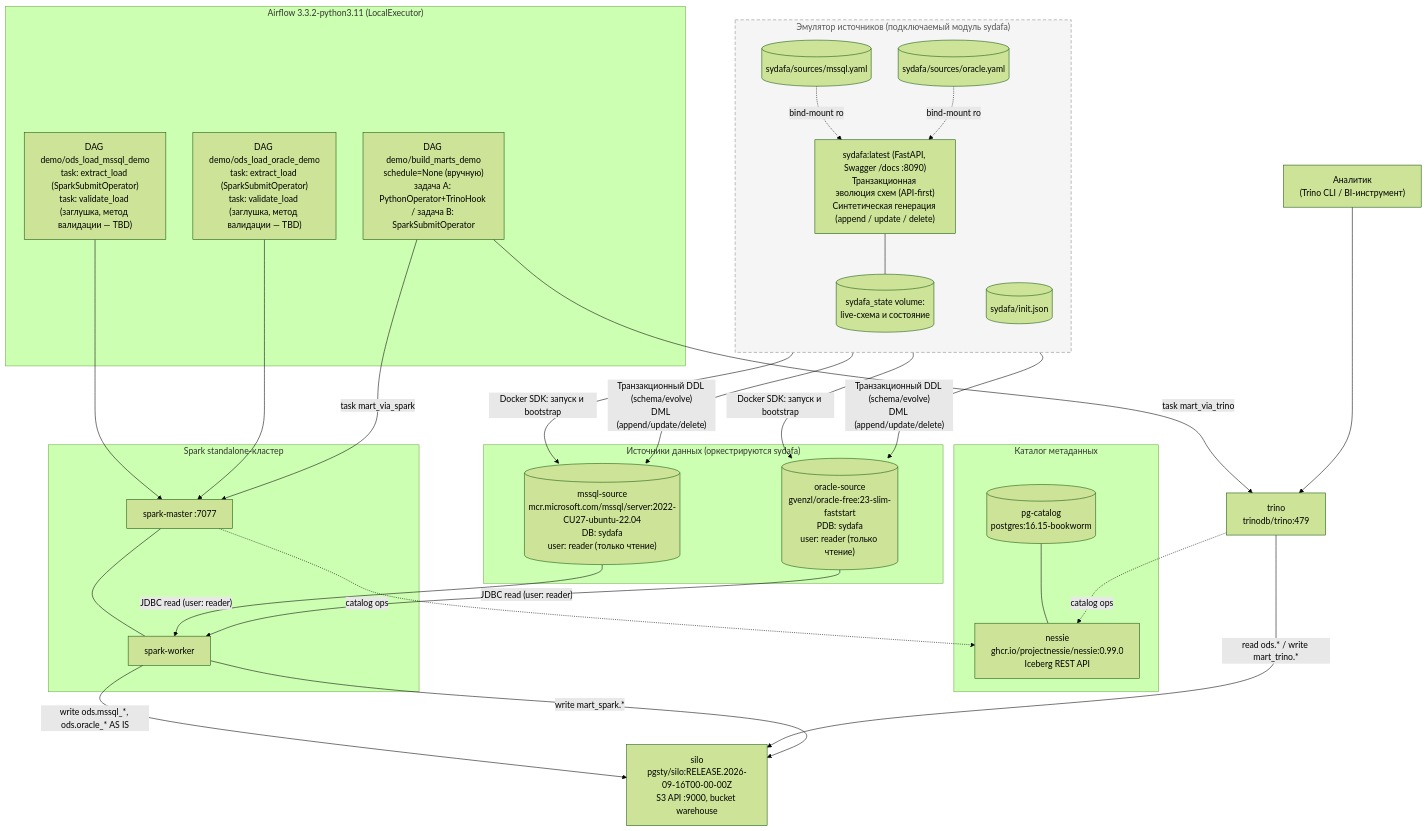
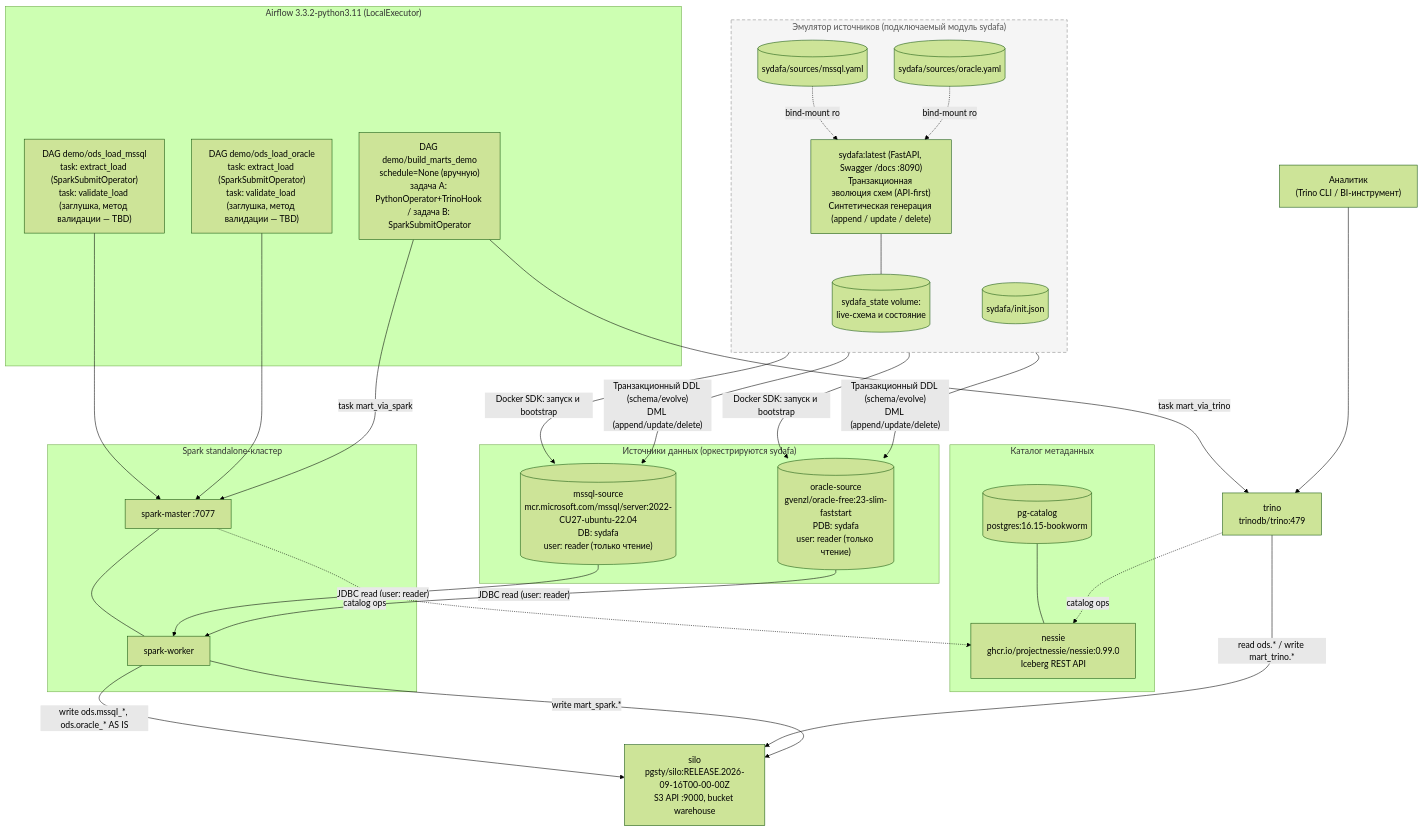
The diagram in docs/README.md (georgekochergin/datalake_stand), drawn with Mermaid (forest theme) before and after one commit. The commit also changed other lines of this file and 6 other files, not shown here.

Commit message:
refactor: simplify demo ODS DAGs to source level, remove sync_dags, clean airflow-init

````diff
--- a/docs/README.md
+++ b/docs/README.md
@@ -9,65 +9,65 @@
 ```mermaid
 flowchart TB
     ANALYST["Аналитик\n(Trino CLI / BI-инструмент)"]
 
     subgraph Sources["Источники данных (оркестрируются sydafa)"]
         MSSQL[("mssql-source\nmcr.microsoft.com/mssql/server:2022-CU27-ubuntu-22.04\nDB: sydafa\nuser: reader (только чтение)")]
         ORA[("oracle-source\ngvenzl/oracle-free:23-slim-faststart\nPDB: sydafa\nuser: reader (только чтение)")]
     end
 
     subgraph SydafaService["Эмулятор источников (подключаемый модуль sydafa)"]
         direction TB
         CFG1[("sydafa/sources/mssql.yaml")]
         CFG2[("sydafa/sources/oracle.yaml")]
         INIT[("sydafa/init.json")]
         API["sydafa:latest (FastAPI, Swagger /docs :8090)\nТранзакционная эволюция схем (API-first)\nСинтетическая генерация (append / update / delete)"]
         STATE[("sydafa_state volume:\nlive-схема и состояние")]
         CFG1 -. "bind-mount ro" .-> API
         CFG2 -. "bind-mount ro" .-> API
         API --- STATE
     end
 
     subgraph Catalog["Каталог метаданных"]
         PGC[("pg-catalog\npostgres:16.15-bookworm")]
         NESSIE["nessie\nghcr.io/projectnessie/nessie:0.99.0\nIceberg REST API"]
         PGC --- NESSIE
     end
 
     SILO["silo\npgsty/silo:RELEASE.2026-09-16T00-00-00Z\nS3 API :9000, bucket warehouse"]
 
     subgraph SparkCluster["Spark standalone-кластер"]
         SM["spark-master :7077"]
         SW["spark-worker"]
         SM --- SW
     end
 
     TRINO["trino\ntrinodb/trino:479"]
 
     subgraph Orchestration["Airflow 3.3.2-python3.11 (LocalExecutor)"]
-        D1["DAG demo/ods_load_mssql_demo\ntask: extract_load (SparkSubmitOperator)\ntask: validate_load (заглушка, метод валидации — TBD)"]
-        D2["DAG demo/ods_load_oracle_demo\ntask: extract_load (SparkSubmitOperator)\ntask: validate_load (заглушка, метод валидации — TBD)"]
+        D1["DAG demo/ods_load_mssql\ntask: extract_load (SparkSubmitOperator)\ntask: validate_load (заглушка, метод валидации — TBD)"]
+        D2["DAG demo/ods_load_oracle\ntask: extract_load (SparkSubmitOperator)\ntask: validate_load (заглушка, метод валидации — TBD)"]
         D3["DAG demo/build_marts_demo\nschedule=None (вручную)\nзадача A: PythonOperator+TrinoHook / задача B: SparkSubmitOperator"]
     end
 
     API -- "Docker SDK: запуск и bootstrap" --> MSSQL
     API -- "Docker SDK: запуск и bootstrap" --> ORA
     API -- "Транзакционный DDL (schema/evolve)\nDML (append/update/delete)" --> MSSQL
     API -- "Транзакционный DDL (schema/evolve)\nDML (append/update/delete)" --> ORA
 
     D1 --> SM
     D2 --> SM
     MSSQL -- "JDBC read (user: reader)" --> SW
     ORA -- "JDBC read (user: reader)" --> SW
     SW -- "write ods.mssql_*, ods.oracle_* AS IS" --> SILO
     SM -. "catalog ops" .-> NESSIE
 
     D3 -- "task mart_via_trino" --> TRINO
     D3 -- "task mart_via_spark" --> SM
     TRINO -. "catalog ops" .-> NESSIE
     TRINO -- "read ods.* / write mart_trino.*" --> SILO
     SW -- "write mart_spark.*" --> SILO
 
     ANALYST --> TRINO
 
     style SydafaService stroke-dasharray: 6 4,stroke:#888,fill:#f5f5f5,color:#555
 ```
````
